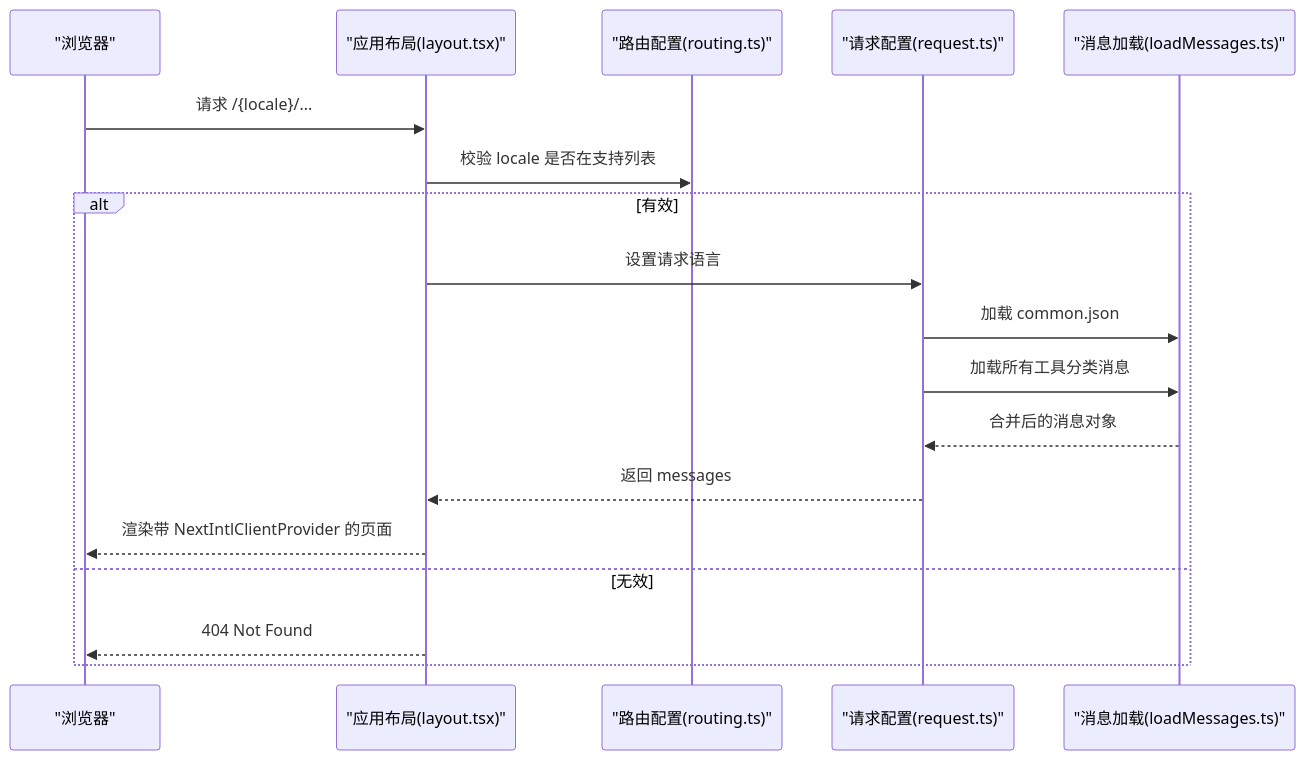
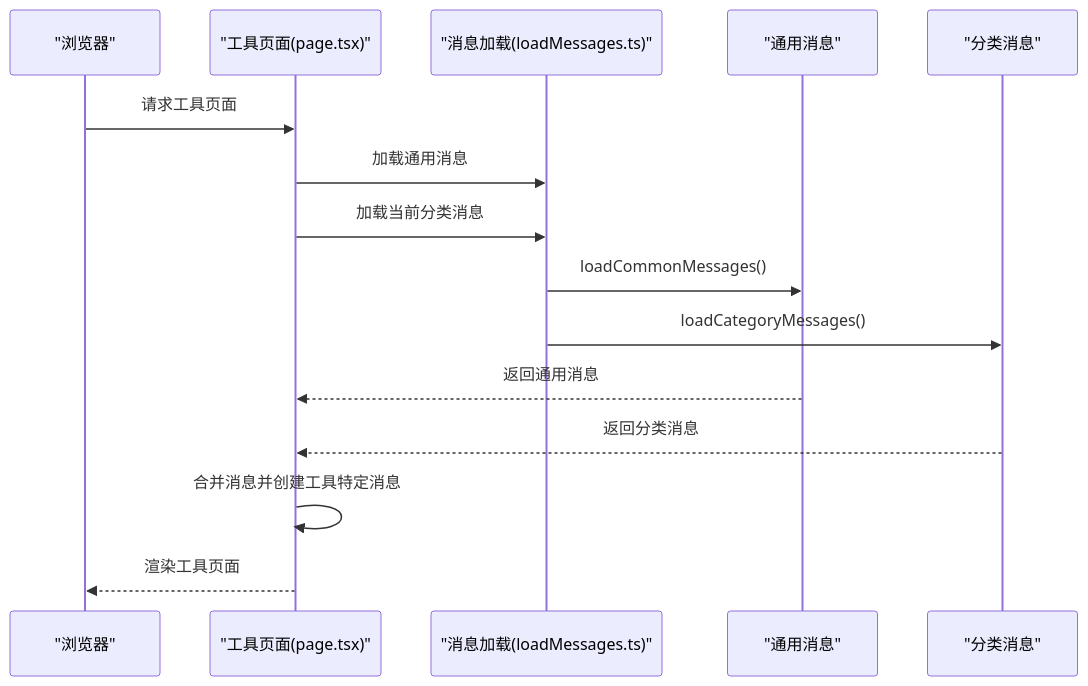
One commit to sgyy/privadeck changed the second of 10 diagrams in .qoder/repowiki/zh/content/国际化系统.md. Above: the diagram before and after it, drawn with Mermaid. The commit also changed other lines of this file and 3 other files, not shown here.

````diff
--- a/.qoder/repowiki/zh/content/国际化系统.md
+++ b/.qoder/repowiki/zh/content/国际化系统.md
@@ -159,20 +180,17 @@
 ```mermaid
 sequenceDiagram
 participant Browser as "浏览器"
-participant Layout as "应用布局(layout.tsx)"
-participant Routing as "路由配置(routing.ts)"
-participant RequestCfg as "请求配置(request.ts)"
-participant Messages as "消息加载(loadMessages.ts)"
-Browser->>Layout : 请求 /{locale}/...
-Layout->>Routing : 校验 locale 是否在支持列表
-alt 有效
-Layout->>RequestCfg : 设置请求语言
-RequestCfg->>Messages : 加载 common.json
-RequestCfg->>Messages : 加载所有工具分类消息
-Messages-->>RequestCfg : 合并后的消息对象
-RequestCfg-->>Layout : 返回 messages
-Layout-->>Browser : 渲染带 NextIntlClientProvider 的页面
-else 无效
-Layout-->>Browser : 404 Not Found
-end
+participant ToolPage as "工具页面(page.tsx)"
+participant LoadMessages as "消息加载(loadMessages.ts)"
+participant CommonMsg as "通用消息"
+participant CategoryMsg as "分类消息"
+Browser->>ToolPage : 请求工具页面
+ToolPage->>LoadMessages : 加载通用消息
+ToolPage->>LoadMessages : 加载当前分类消息
+LoadMessages->>CommonMsg : loadCommonMessages()
+LoadMessages->>CategoryMsg : loadCategoryMessages()
+CommonMsg-->>ToolPage : 返回通用消息
+CategoryMsg-->>ToolPage : 返回分类消息
+ToolPage->>ToolPage : 合并消息并创建工具特定消息
+ToolPage-->>Browser : 渲染工具页面
 ```
````
